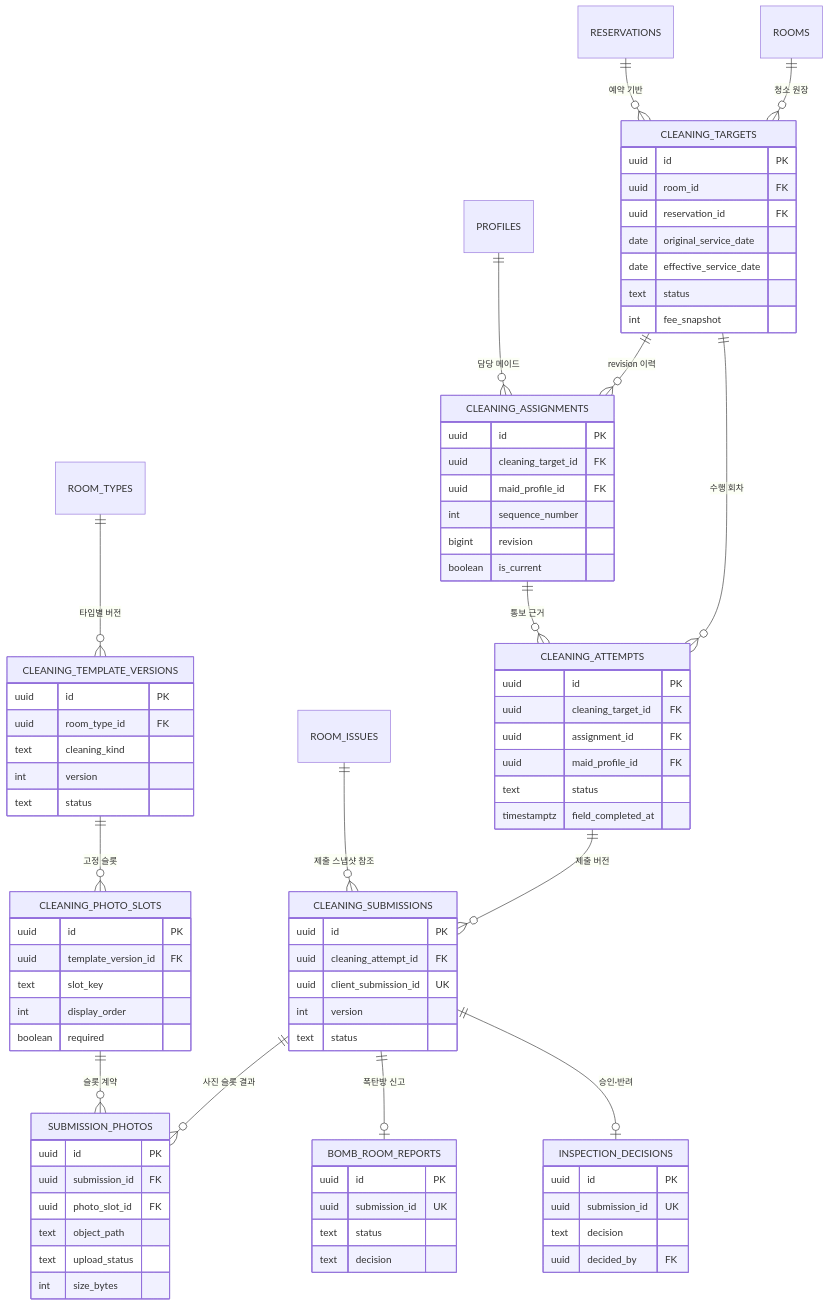
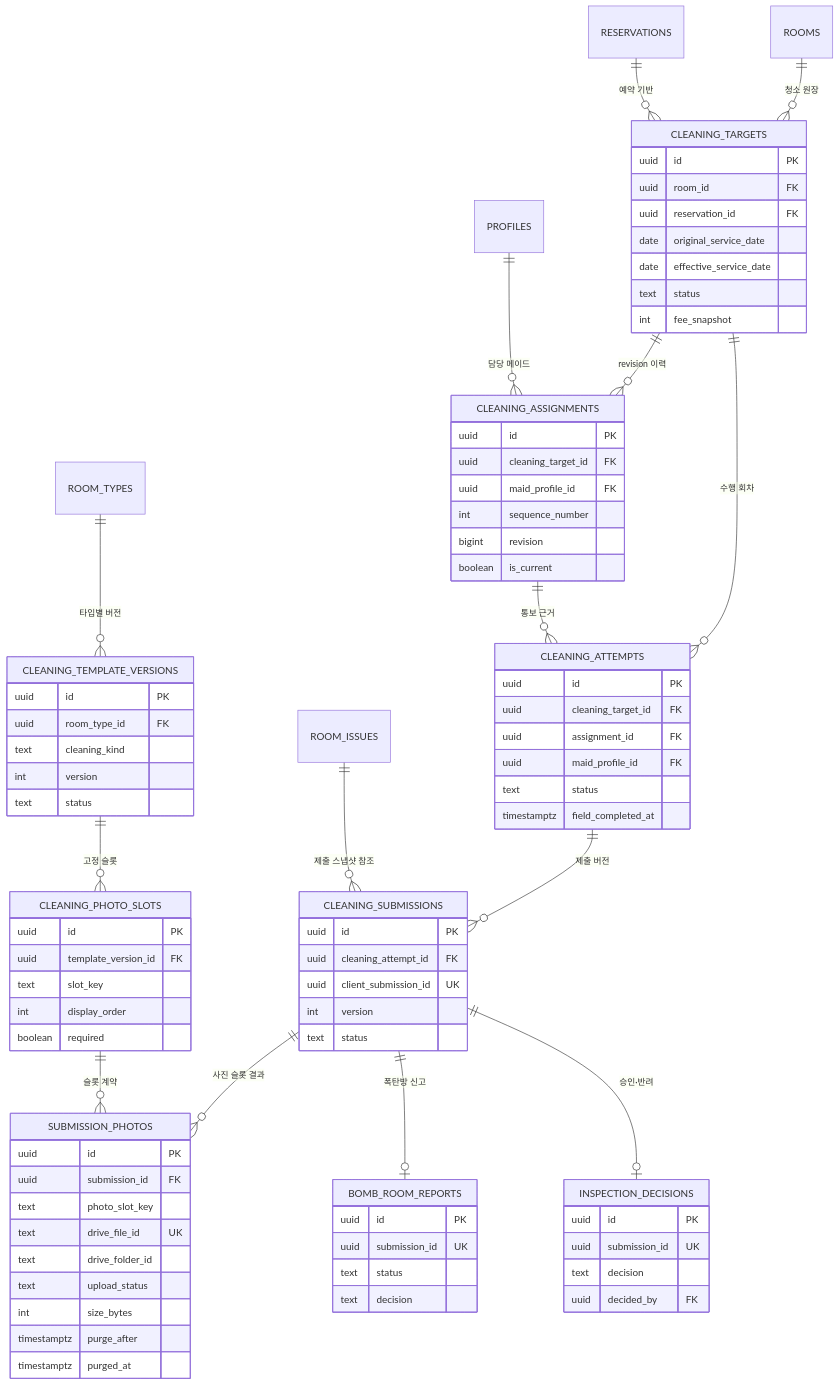
One commit to wrongstory/room-management-system-backend changed the fourth of 5 diagrams in docs/ERD.md. Above: the diagram before and after it, drawn with Mermaid. The commit also changed other lines of this file and 8 other files, not shown here.

```diff
--- a/docs/ERD.md
+++ b/docs/ERD.md
@@ -237,10 +237,13 @@
   SUBMISSION_PHOTOS {
     uuid id PK
     uuid submission_id FK
-    uuid photo_slot_id FK
-    text object_path
+    text photo_slot_key
+    text drive_file_id UK
+    text drive_folder_id
     text upload_status
     int size_bytes
+    timestamptz purge_after
+    timestamptz purged_at
   }
   BOMB_ROOM_REPORTS {
     uuid id PK
```
